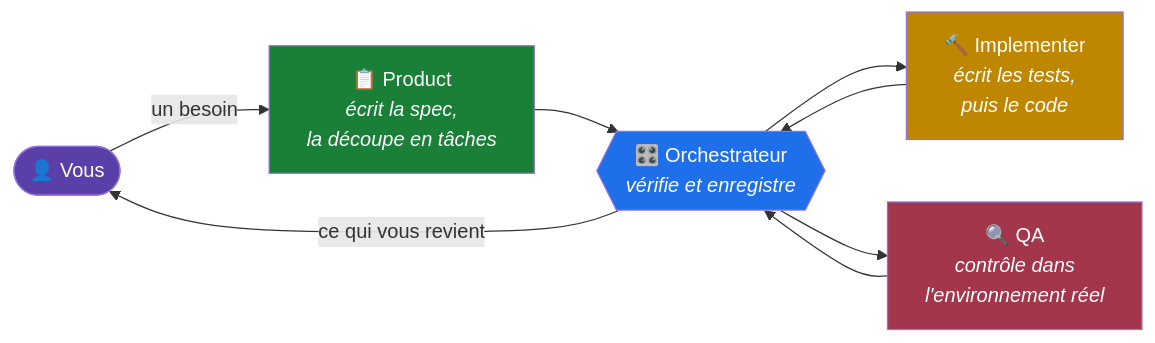
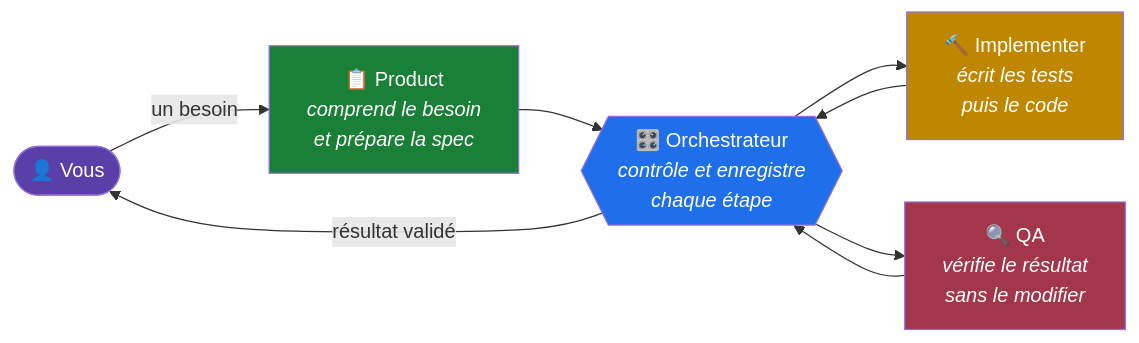
The first of 3 diagrams in README.md (HerbertCodex/agent-pipeline), drawn with Mermaid before and after one commit. The commit also changed other lines of this file, not shown here.

````diff
--- a/README.md
+++ b/README.md
@@ -79,16 +117,16 @@
 ```mermaid
 flowchart LR
     OP(["👤 Vous"]) -->|un besoin| P
-    P["📋 Product<br/><i>écrit la spec,<br/>la découpe en tâches</i>"] --> O
-    O{{"🎛️ Orchestrateur<br/><i>vérifie et enregistre</i>"}} --> I
-    I["🔨 Implementer<br/><i>écrit les tests,<br/>puis le code</i>"] --> O
+    P["📋 Product<br/><i>comprend le besoin<br/>et prépare la spec</i>"] --> O
+    O{{"🎛️ Orchestrateur<br/><i>contrôle et enregistre<br/>chaque étape</i>"}} --> I
+    I["🔨 Implementer<br/><i>écrit les tests<br/>puis le code</i>"] --> O
     O --> Q
-    Q["🔍 QA<br/><i>contrôle dans<br/>l'environnement réel</i>"] --> O
-    O -->|ce qui vous revient| OP
+    Q["🔍 QA<br/><i>vérifie le résultat<br/>sans le modifier</i>"] --> O
+    O -->|résultat validé| OP
 
     style OP fill:#5b3fa8,color:#fff
     style O fill:#1f6feb,color:#fff
     style P fill:#1a7f37,color:#fff
     style I fill:#bf8700,color:#fff
     style Q fill:#a3364a,color:#fff
 ```
````
